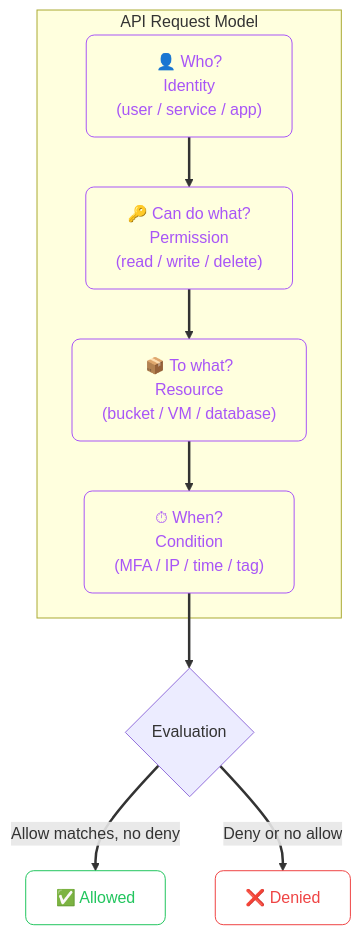
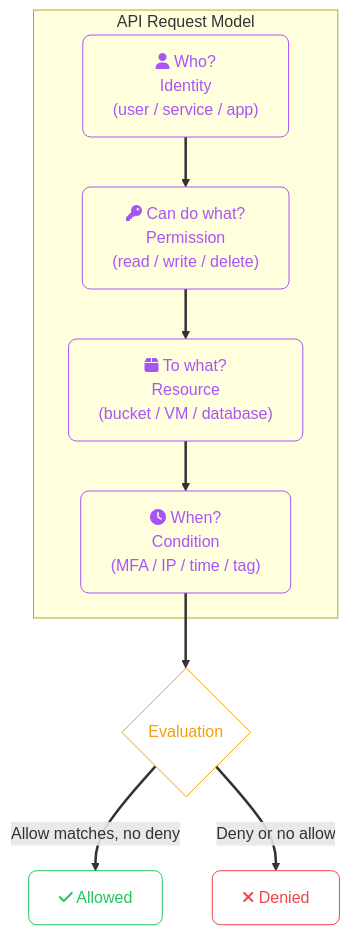
The first of 6 diagrams in src/content/cloud/common/iam-concepts.mdx (zafarale/cloudification), drawn with Mermaid before and after one commit. The commit also changed other lines of this file and 84 other files, not shown here.

````diff
--- a/src/content/cloud/common/iam-concepts.mdx
+++ b/src/content/cloud/common/iam-concepts.mdx
@@ -37,18 +33,21 @@
 ```mermaid
 flowchart TD
+    accTitle: The Core Problem IAM Solves
+    accDescr: Flowchart (td) showing API Request Model, user / service / app, read / write / delete
     classDef step fill:none,stroke:#a855f7,color:#a855f7,rx:8,ry:8
     classDef ok   fill:none,stroke:#22c55e,color:#22c55e,rx:8,ry:8
     classDef fail fill:none,stroke:#ef4444,color:#ef4444,rx:8,ry:8
+    classDef decesion fill:none,stroke:#f59e0b,color:#f59e0b,rx:8,ry:8
     linkStyle default stroke-width:2.5px
 
     subgraph Request["API Request Model"]
-        Who["👤 Who?<br/>Identity<br/>(user / service / app)"]:::step
-        What["🔑 Can do what?<br/>Permission<br/>(read / write / delete)"]:::step
-        Where["📦 To what?<br/>Resource<br/>(bucket / VM / database)"]:::step
-        When["⏱ When?<br/>Condition<br/>(MFA / IP / time / tag)"]:::step
+        Who["fa:fa-user Who?<br/>Identity<br/>(user / service / app)"]:::step
+        What["fa:fa-key Can do what?<br/>Permission<br/>(read / write / delete)"]:::step
+        Where["fa:fa-box To what?<br/>Resource<br/>(bucket / VM / database)"]:::step
+        When["fa:fa-clock When?<br/>Condition<br/>(MFA / IP / time / tag)"]:::step
     end
 
-    Who --> What --> Where --> When --> Decision{"Evaluation"}
-    Decision -->|"Allow matches, no deny"| Allow["✅ Allowed"]:::ok
-    Decision -->|"Deny or no allow"| Deny["❌ Denied"]:::fail
+    Who --> What --> Where --> When --> Decision{"Evaluation"}:::decesion
+    Decision -->|"Allow matches, no deny"| Allow["fa:fa-check Allowed"]:::ok
+    Decision -->|"Deny or no allow"| Deny["fa:fa-xmark Denied"]:::fail
 ```
````
